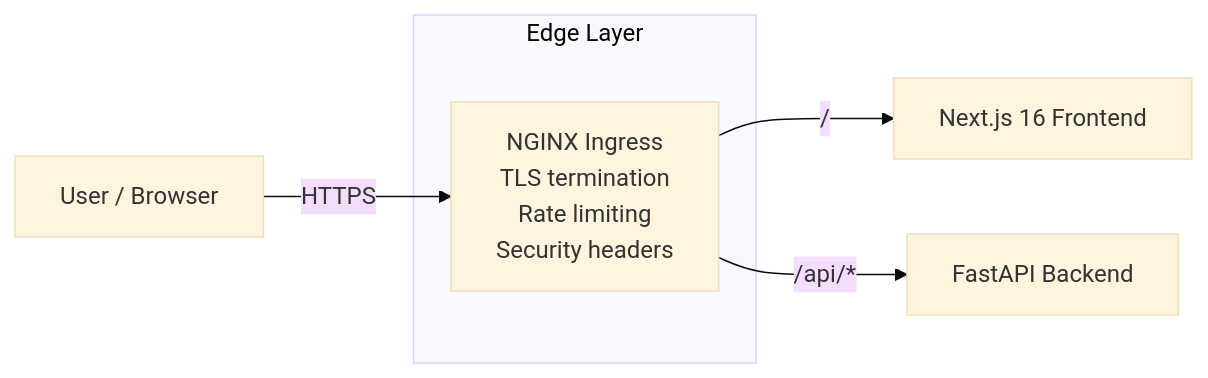
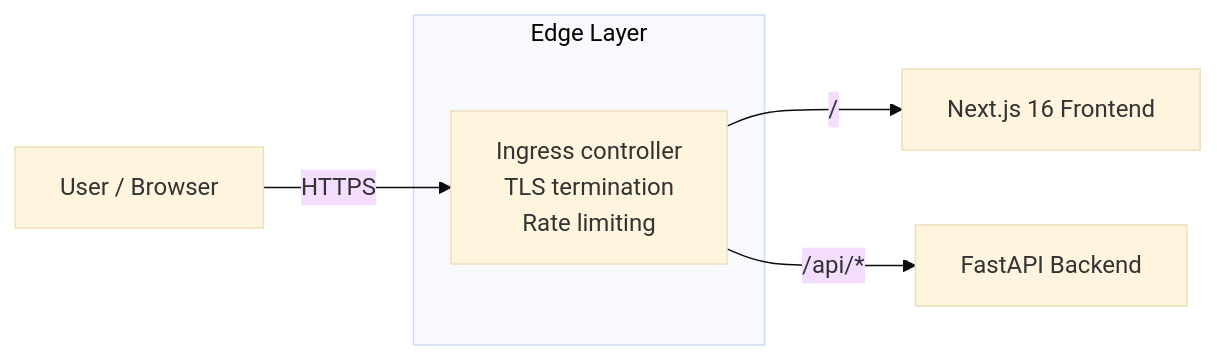
One commit to berserkhmdvhb/fullstack_template changed the first of 2 diagrams in README.md. Above: the diagram before and after it, drawn with Mermaid (base theme). The commit also changed other lines of this file and 24 other files, not shown here.

Commit message:
docs: describe the two-image architecture; the Next.js server serves its own assets

````diff
--- a/README.md
+++ b/README.md
@@ -157,15 +156,15 @@
 ```mermaid
 flowchart LR
   Client[User / Browser]
 
   subgraph Edge["Edge Layer"]
-    Ingress["NGINX Ingress<br/>TLS termination<br/>Rate limiting<br/>Security headers"]
+    Ingress["Ingress controller<br/>TLS termination<br/>Rate limiting"]
   end
 
   FE["Next.js 16 Frontend"]
   BE["FastAPI Backend"]
 
   Client -->|"HTTPS"| Ingress
   Ingress -->|"/"| FE
   Ingress -->|"/api/*"| BE
 ```
````
